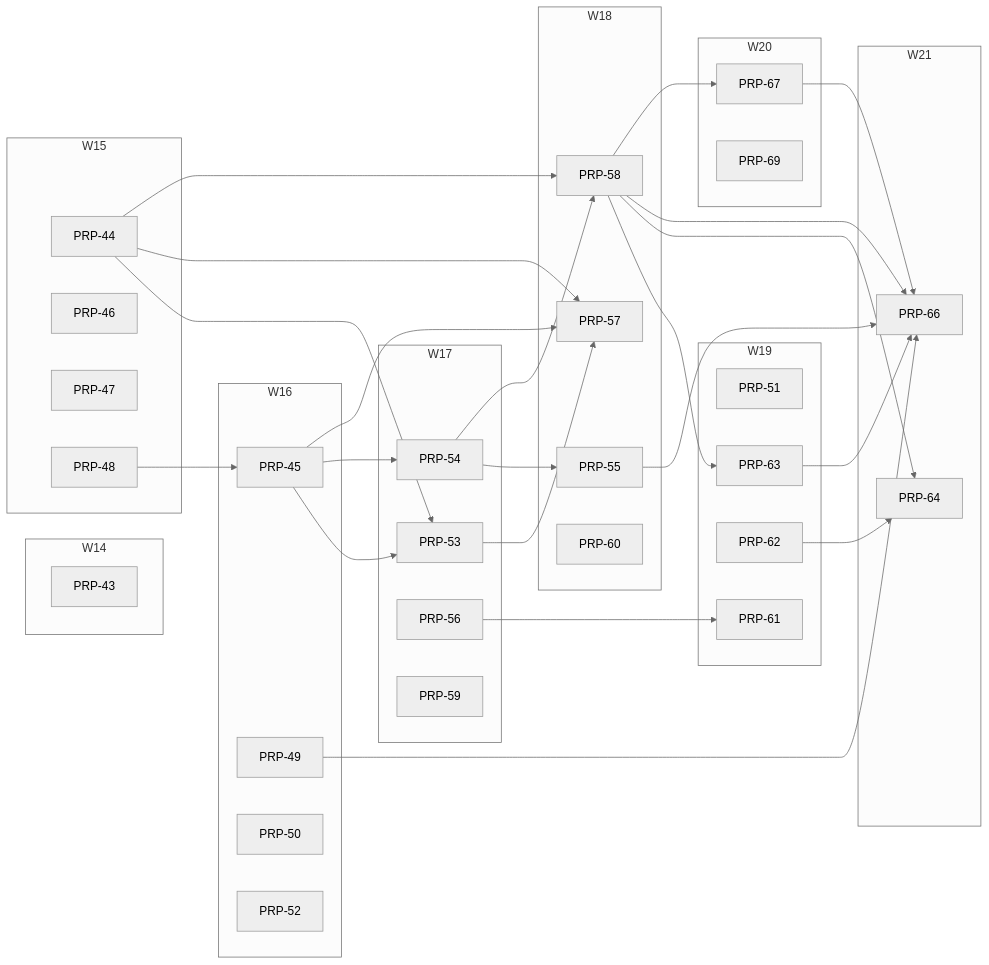
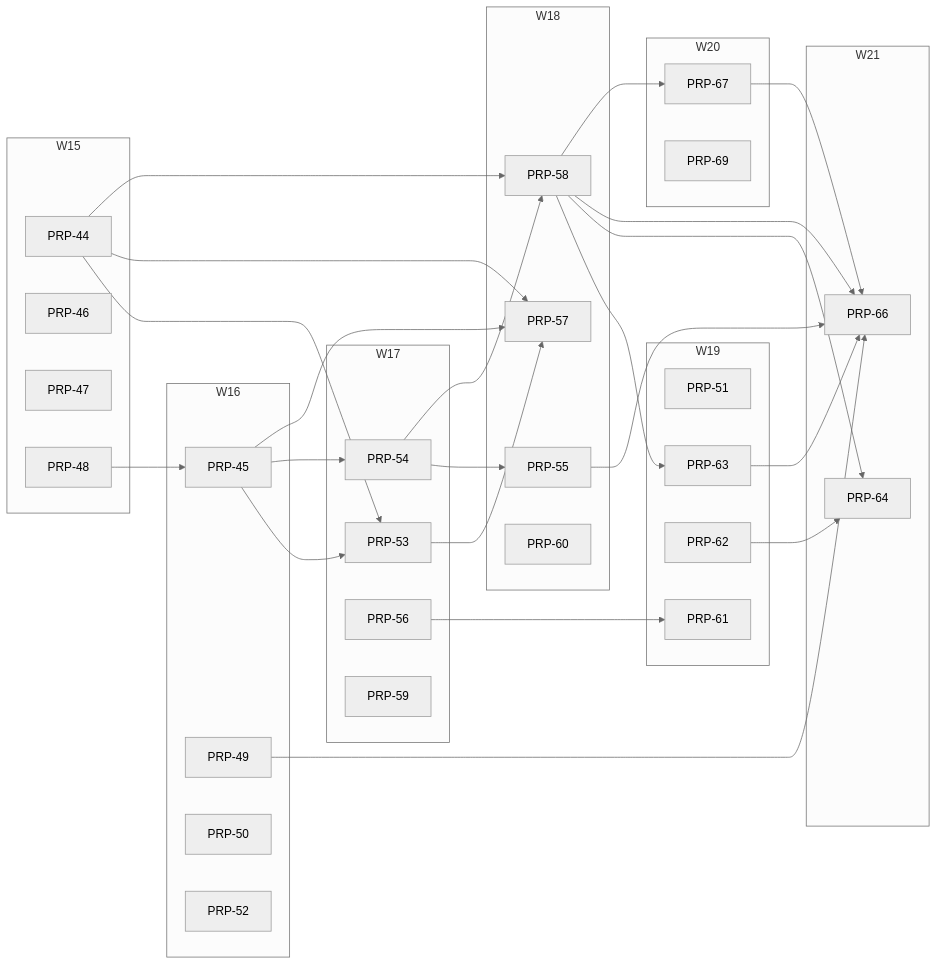
The diagram in PRPs/EXECUTION-PLAN.md (fgarofalo56/neurosphere), drawn with Mermaid (neutral theme) before and after one commit. The commit also changed other lines of this file and 13 other files, not shown here.

````diff
--- a/PRPs/EXECUTION-PLAN.md
+++ b/PRPs/EXECUTION-PLAN.md
@@ -138,64 +130,61 @@
 ```mermaid
 flowchart LR
-  subgraph W14
-    P43["PRP-43"]
-  end
   subgraph W15
     P44["PRP-44"]
     P46["PRP-46"]
     P47["PRP-47"]
     P48["PRP-48"]
   end
   subgraph W16
     P45["PRP-45"]
     P49["PRP-49"]
     P50["PRP-50"]
     P52["PRP-52"]
   end
   subgraph W17
     P53["PRP-53"]
     P54["PRP-54"]
     P56["PRP-56"]
     P59["PRP-59"]
   end
   subgraph W18
     P57["PRP-57"]
     P55["PRP-55"]
     P58["PRP-58"]
     P60["PRP-60"]
   end
   subgraph W19
     P51["PRP-51"]
     P61["PRP-61"]
     P62["PRP-62"]
     P63["PRP-63"]
   end
   subgraph W20
     P67["PRP-67"]
     P69["PRP-69"]
   end
   subgraph W21
     P64["PRP-64"]
     P66["PRP-66"]
   end
   P48 --> P45
   P44 --> P53
   P45 --> P53
   P45 --> P54
   P54 --> P55
   P44 --> P57
   P45 --> P57
   P53 --> P57
   P44 --> P58
   P54 --> P58
   P56 --> P61
   P58 --> P63
   P58 --> P64
   P62 --> P64
   P49 --> P66
   P55 --> P66
   P58 --> P66
   P63 --> P66
   P67 --> P66
   P58 --> P67
 ```
````
